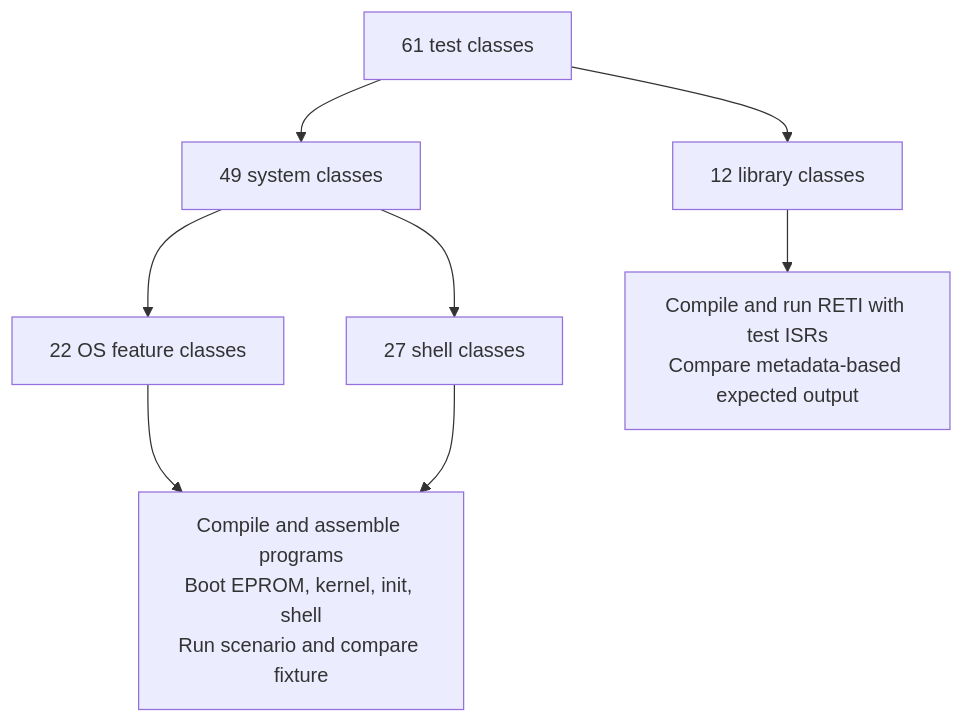
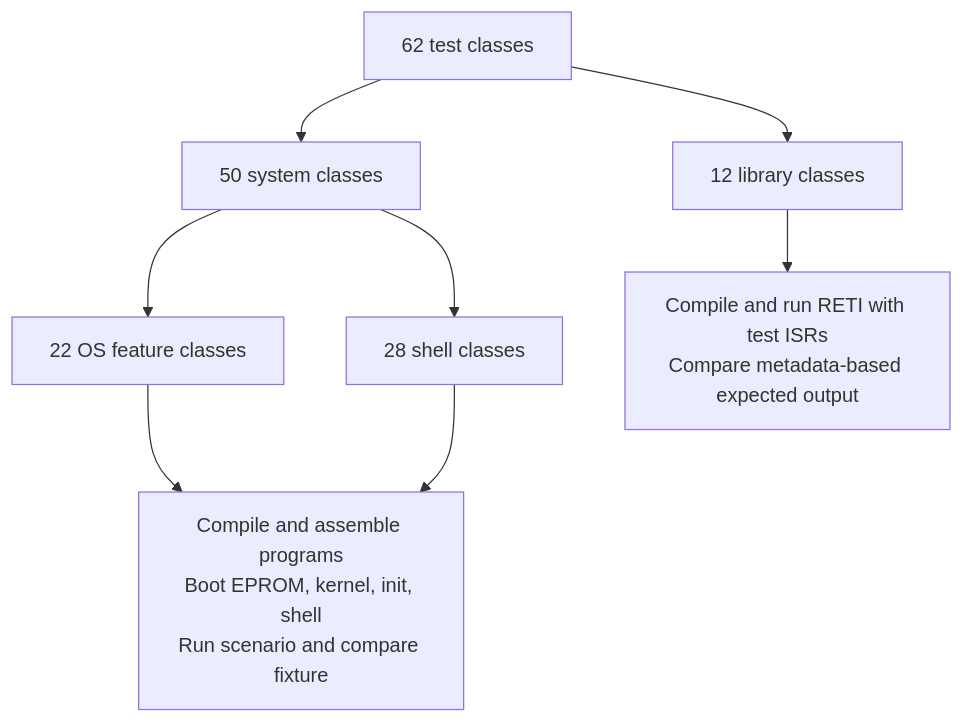
Diagram 29 of 30 in README.md (matthejue/Pico-OS), drawn with Mermaid before and after one commit. The commit also changed other lines of this file, not shown here.

Commit message:
updated the README for PicoOS’s sandboxed root, PID 1 path resolution, and current path-helper behavior. Corrected the init sequence, filesystem wording, directory-list ordering, and inconsistent test counts.

````diff
--- a/README.md
+++ b/README.md
@@ -4440,10 +4443,10 @@
 ```mermaid
 flowchart TD
-    T["61 test classes"] --> L["12 library classes"]
-    T --> S["49 system classes"]
+    T["62 test classes"] --> L["12 library classes"]
+    T --> S["50 system classes"]
     S --> O["22 OS feature classes"]
-    S --> H["27 shell classes"]
+    S --> H["28 shell classes"]
     L --> LC["Compile and run RETI with test ISRs<br/>Compare metadata-based expected output"]
     O --> K["Compile and assemble programs<br/>Boot EPROM, kernel, init, shell<br/>Run scenario and compare fixture"]
     H --> K
 ```
````
